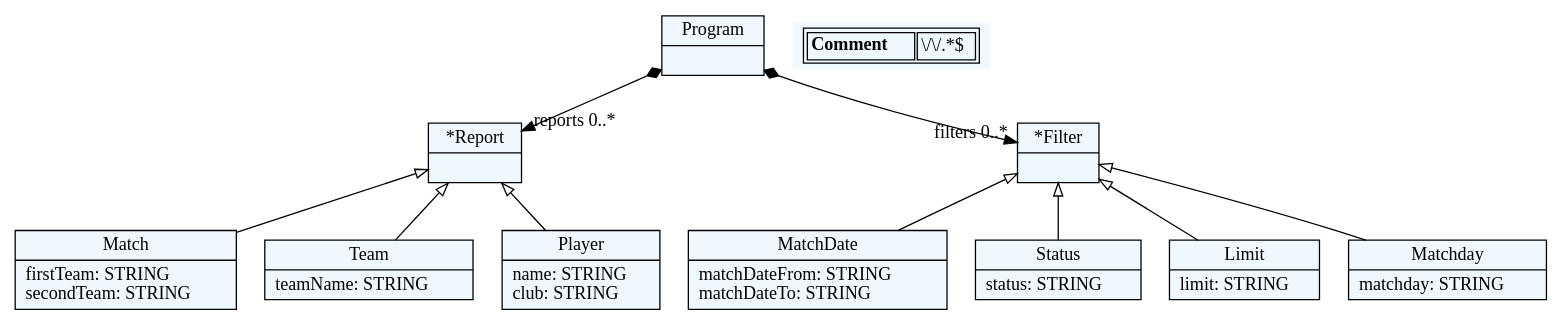
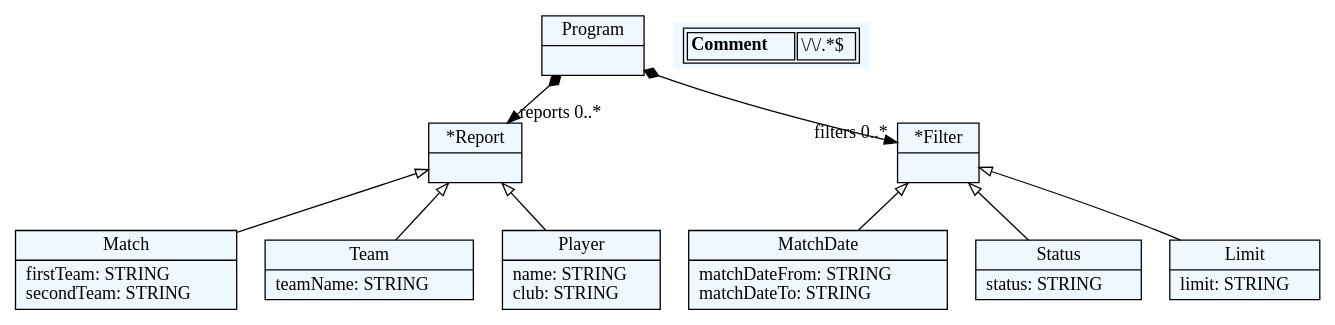
The diagram in match_reporter/reporter_jsd/generated_files/dot_files/reporter.dot (Ana00000/JSD), drawn with Graphviz before and after one commit. The commit also changed 11 other files, not shown here.

```diff
--- a/match_reporter/reporter_jsd/generated_files/dot_files/reporter.dot
+++ b/match_reporter/reporter_jsd/generated_files/dot_files/reporter.dot
@@ -1,52 +1,49 @@
 
     digraph textX {
     fontname = "Bitstream Vera Sans"
     fontsize = 8
     node[
         shape=record,
         style=filled,
         fillcolor=aliceblue
     ]
     nodesep = 0.3
     edge[dir=black,arrowtail=empty]
 
 
-140540676203824[ label="{Program|}"]
+2059727161184[ label="{Program|}"]
 
-140540676206656[ label="{*Report|}"]
+2059727200832[ label="{*Report|}"]
 
-140540676210064[ label="{Match|firstTeam: STRING\lsecondTeam: STRING\l}"]
+2059727204608[ label="{Match|firstTeam: STRING\lsecondTeam: STRING\l}"]
 
-140540676213472[ label="{Team|teamName: STRING\l}"]
+2059727190448[ label="{Team|teamName: STRING\l}"]
 
-140540676216880[ label="{Player|name: STRING\lclub: STRING\l}"]
+2059727222544[ label="{Player|name: STRING\lclub: STRING\l}"]
 
-140540676220288[ label="{*Filter|}"]
+2059727209328[ label="{*Filter|}"]
 
-140540676223696[ label="{MatchDate|matchDateFrom: STRING\lmatchDateTo: STRING\l}"]
+2059727232928[ label="{MatchDate|matchDateFrom: STRING\lmatchDateTo: STRING\l}"]
 
-140540676227104[ label="{Status|status: STRING\l}"]
+2059727211216[ label="{Status|status: STRING\l}"]
 
-140540676230512[ label="{Limit|limit: STRING\l}"]
-
-140540676233920[ label="{Matchday|matchday: STRING\l}"]
+2059727239536[ label="{Limit|limit: STRING\l}"]
 
 
 
-140540676203824 -> 140540676206656[arrowtail=diamond, dir=both, headlabel="reports 0..*"]
-140540676203824 -> 140540676220288[arrowtail=diamond, dir=both, headlabel="filters 0..*"]
-140540676206656 -> 140540676210064 [dir=back]
-140540676206656 -> 140540676213472 [dir=back]
-140540676206656 -> 140540676216880 [dir=back]
-140540676220288 -> 140540676223696 [dir=back]
-140540676220288 -> 140540676227104 [dir=back]
-140540676220288 -> 140540676230512 [dir=back]
-140540676220288 -> 140540676233920 [dir=back]
+2059727161184 -> 2059727200832[arrowtail=diamond, dir=both, headlabel="reports 0..*"]
+2059727161184 -> 2059727209328[arrowtail=diamond, dir=both, headlabel="filters 0..*"]
+2059727200832 -> 2059727204608 [dir=back]
+2059727200832 -> 2059727190448 [dir=back]
+2059727200832 -> 2059727222544 [dir=back]
+2059727209328 -> 2059727232928 [dir=back]
+2059727209328 -> 2059727211216 [dir=back]
+2059727209328 -> 2059727239536 [dir=back]
 match_rules [ shape=plaintext, label=< <table>
 	<tr>
 		<td><b>Comment</b></td><td>\/\/.*$</td>
 	</tr>
 </table> >]
 
 
 }
```
